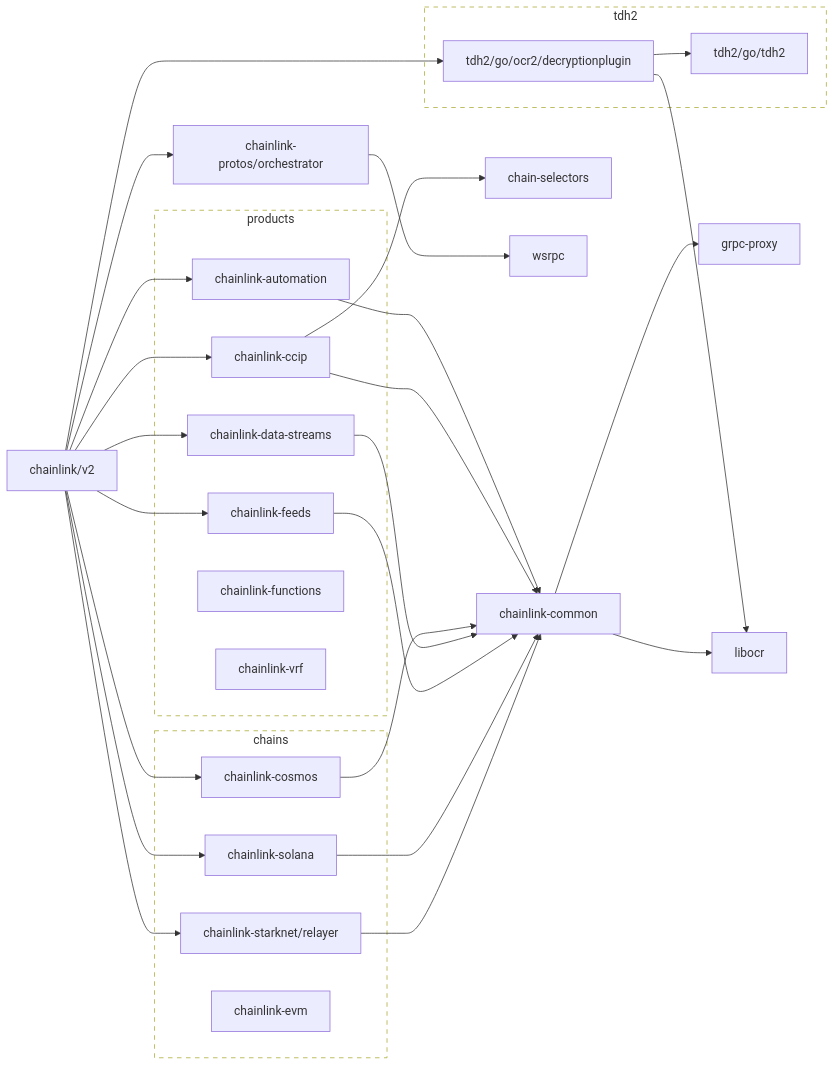
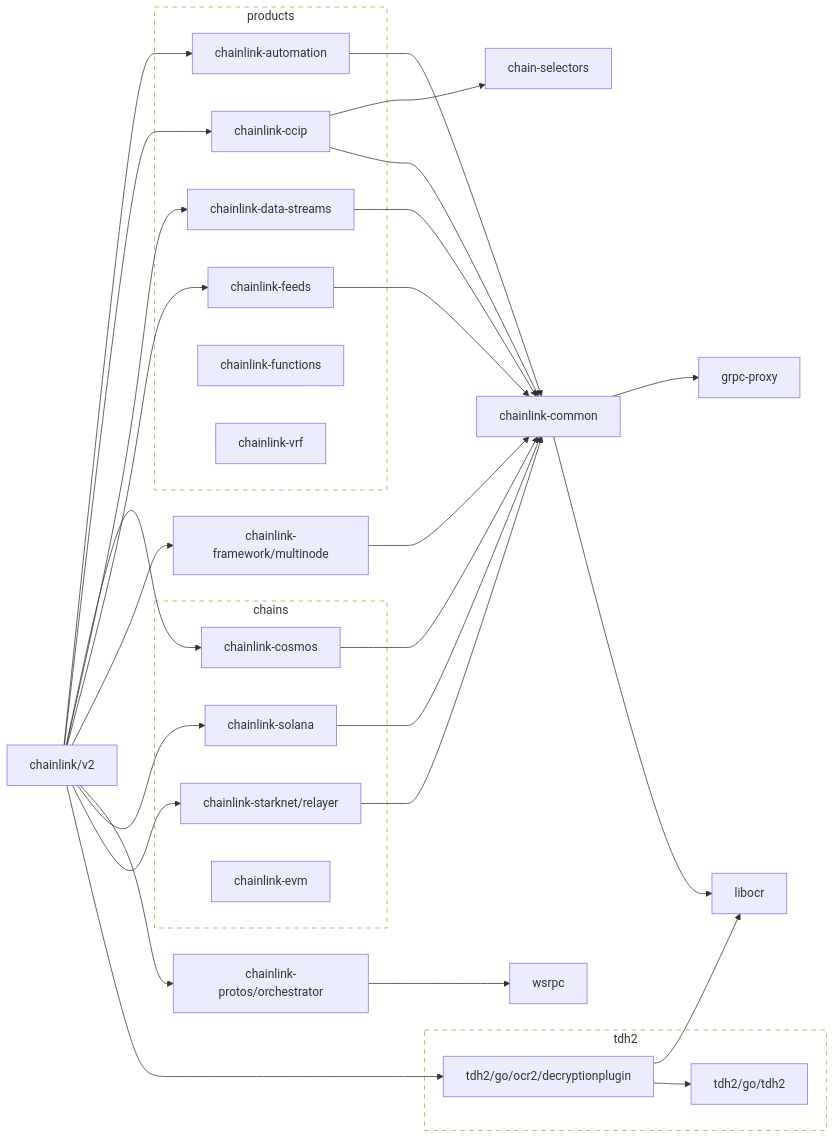
One commit to smartcontractkit/chainlink changed the first of 2 diagrams in go.md. Above: the diagram before and after it, drawn with Mermaid. The commit also changed other lines of this file and 2 other files, not shown here.

Commit message:
Fix generate

````diff
--- a/go.md
+++ b/go.md
@@ -3,74 +3,77 @@
 ```mermaid
 flowchart LR
   subgraph chains
     chainlink-cosmos
     chainlink-solana
     chainlink-starknet/relayer
     chainlink-evm
   end
 
   subgraph products
     chainlink-automation
     chainlink-ccip
     chainlink-data-streams
     chainlink-feeds
     chainlink-functions
     chainlink-vrf
   end
 
   classDef group stroke-dasharray:6,fill:none;
   class chains,products group
 
 	chain-selectors
 	click chain-selectors href "https://github.com/smartcontractkit/chain-selectors"
 	chainlink-automation --> chainlink-common
 	click chainlink-automation href "https://github.com/smartcontractkit/chainlink-automation"
 	chainlink-ccip --> chain-selectors
 	chainlink-ccip --> chainlink-common
 	click chainlink-ccip href "https://github.com/smartcontractkit/chainlink-ccip"
 	chainlink-common --> grpc-proxy
 	chainlink-common --> libocr
 	click chainlink-common href "https://github.com/smartcontractkit/chainlink-common"
 	chainlink-cosmos --> chainlink-common
 	click chainlink-cosmos href "https://github.com/smartcontractkit/chainlink-cosmos"
 	chainlink-data-streams --> chainlink-common
 	click chainlink-data-streams href "https://github.com/smartcontractkit/chainlink-data-streams"
 	chainlink-feeds --> chainlink-common
 	click chainlink-feeds href "https://github.com/smartcontractkit/chainlink-feeds"
+	chainlink-framework/multinode --> chainlink-common
+	click chainlink-framework/multinode href "https://github.com/smartcontractkit/chainlink-framework"
 	chainlink-protos/orchestrator --> wsrpc
 	click chainlink-protos/orchestrator href "https://github.com/smartcontractkit/chainlink-protos"
 	chainlink-solana --> chainlink-common
 	click chainlink-solana href "https://github.com/smartcontractkit/chainlink-solana"
 	chainlink-starknet/relayer --> chainlink-common
 	click chainlink-starknet/relayer href "https://github.com/smartcontractkit/chainlink-starknet"
 	chainlink/v2 --> chainlink-automation
 	chainlink/v2 --> chainlink-ccip
 	chainlink/v2 --> chainlink-cosmos
 	chainlink/v2 --> chainlink-data-streams
 	chainlink/v2 --> chainlink-feeds
+	chainlink/v2 --> chainlink-framework/multinode
 	chainlink/v2 --> chainlink-protos/orchestrator
 	chainlink/v2 --> chainlink-solana
 	chainlink/v2 --> chainlink-starknet/relayer
 	chainlink/v2 --> tdh2/go/ocr2/decryptionplugin
 	click chainlink/v2 href "https://github.com/smartcontractkit/chainlink"
 	grpc-proxy
 	click grpc-proxy href "https://github.com/smartcontractkit/grpc-proxy"
 	libocr
 	click libocr href "https://github.com/smartcontractkit/libocr"
 	tdh2/go/ocr2/decryptionplugin --> libocr
 	tdh2/go/ocr2/decryptionplugin --> tdh2/go/tdh2
 	click tdh2/go/ocr2/decryptionplugin href "https://github.com/smartcontractkit/tdh2"
 	tdh2/go/tdh2
 	click tdh2/go/tdh2 href "https://github.com/smartcontractkit/tdh2"
 	wsrpc
 	click wsrpc href "https://github.com/smartcontractkit/wsrpc"
 
 	subgraph tdh2-repo[tdh2]
 		 tdh2/go/ocr2/decryptionplugin
 		 tdh2/go/tdh2
 	end
 	click tdh2-repo href "https://github.com/smartcontractkit/tdh2"
 
 	classDef outline stroke-dasharray:6,fill:none;
 	class tdh2-repo outline
 ```
````
